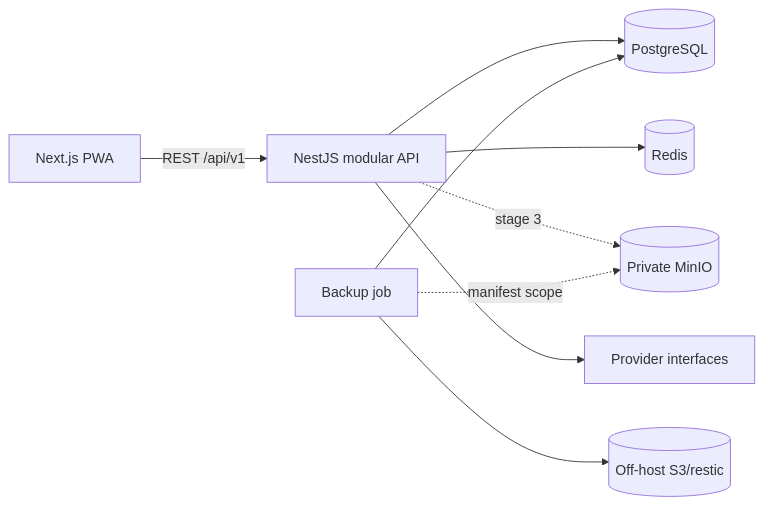
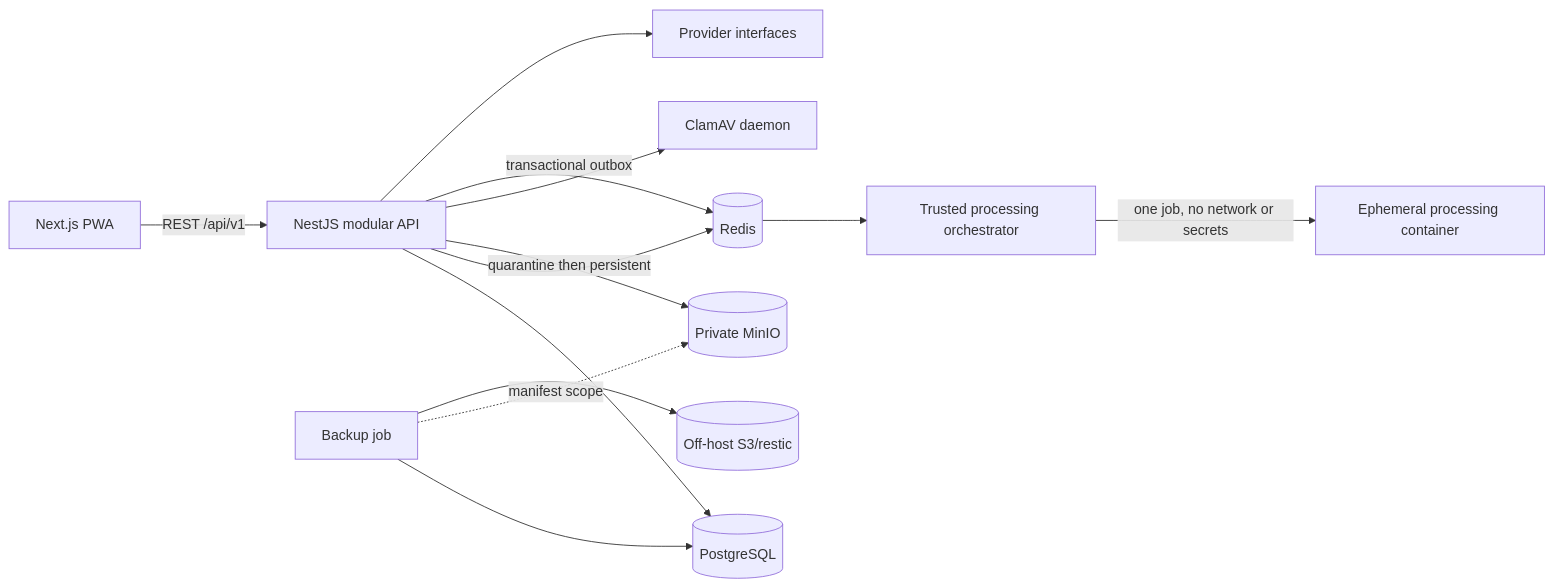
Before and after one commit to agata-flowers/agat-print: the first of 2 diagrams in docs/ARCHITECTURE.md, drawn with Mermaid. The commit also changed other lines of this file and 7 other files, not shown here.

````diff
--- a/docs/ARCHITECTURE.md
+++ b/docs/ARCHITECTURE.md
@@ -7,11 +12,15 @@
 ```mermaid
 flowchart LR
   PWA[Next.js PWA] -->|REST /api/v1| API[NestJS modular API]
   API --> PG[(PostgreSQL)]
   API --> Redis[(Redis)]
-  API -. stage 3 .-> MinIO[(Private MinIO)]
+  API -->|quarantine then persistent| MinIO[(Private MinIO)]
+  API --> ClamAV[ClamAV daemon]
+  API -->|transactional outbox| Redis
+  Redis --> Worker[Trusted processing orchestrator]
+  Worker -->|one job, no network or secrets| Sandbox[Ephemeral processing container]
   API --> Ports[Provider interfaces]
   Backup[Backup job] --> PG
   Backup -. manifest scope .-> MinIO
   Backup --> Offsite[(Off-host S3/restic)]
 ```
````
